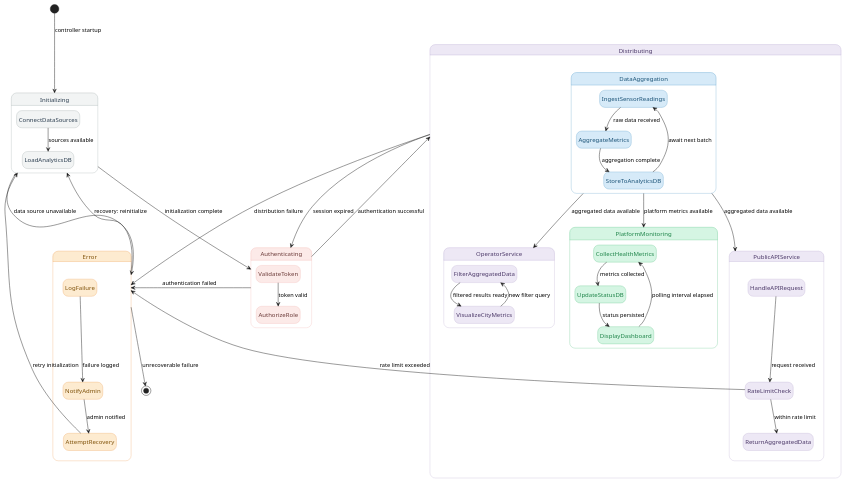
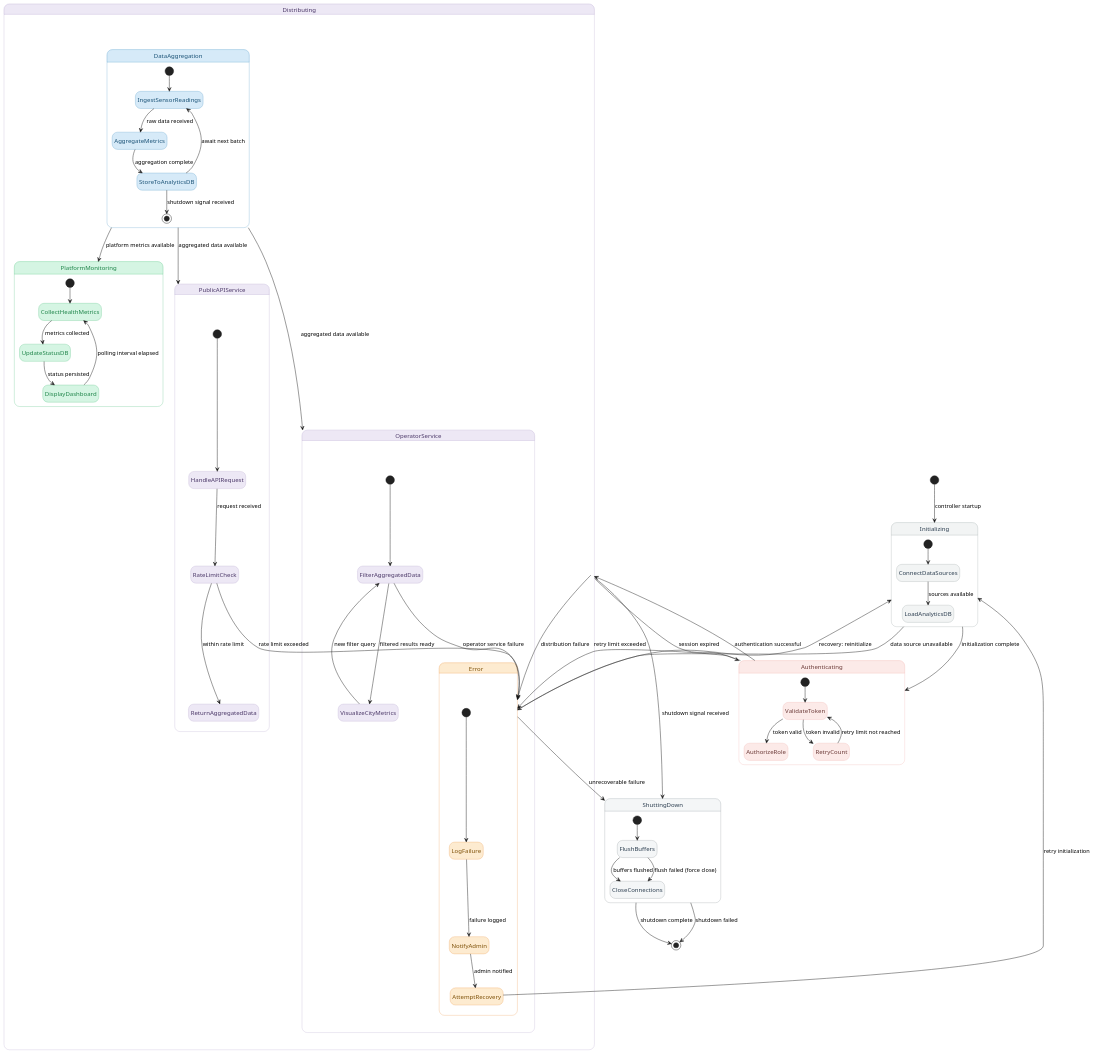
One commit to tridibbanik17/SCEMAS_UML_Diagrams changed the diagram in diagrams/statecharts/data_distribution_management_controller.puml. Above: the diagram before and after it, drawn with PlantUML.

Commit message:
Updated data distribution management controller

```diff
--- a/diagrams/statecharts/data_distribution_management_controller.puml
+++ b/diagrams/statecharts/data_distribution_management_controller.puml
@@ -1,118 +1,146 @@
 @startuml data_distribution_management_controller
 hide empty description
 
 skinparam state {
   BackgroundColor<<init>> #F2F4F4
   BorderColor<<init>> #7F8C8D
   FontColor<<init>> #2C3E50
 
   BackgroundColor<<auth>> #FCEAE8
   BorderColor<<auth>> #ea9a97
   FontColor<<auth>> #6B3A38
 
   BackgroundColor<<distribute>> #EDE8F5
   BorderColor<<distribute>> #a692c3
   FontColor<<distribute>> #4A3767
 
   BackgroundColor<<ingest>> #D6EAF8
   BorderColor<<ingest>> #2980B9
   FontColor<<ingest>> #1A5276
 
   BackgroundColor<<monitor>> #D5F5E3
   BorderColor<<monitor>> #27AE60
   FontColor<<monitor>> #1E8449
 
   BackgroundColor<<error>> #FDEBD0
   BorderColor<<error>> #E67E22
   FontColor<<error>> #7E5109
 
+  BackgroundColor<<shutdown>> #F4F6F7
+  BorderColor<<shutdown>> #717D7E
+  FontColor<<shutdown>> #2C3E50
+
   StartColor black
   EndColor black
 }
 
 ' ──────────────────────────────────
 ' TOP-LEVEL LIFECYCLE
 ' ──────────────────────────────────
 
 state "Initializing" as INIT <<init>> {
   state "ConnectDataSources" as CDS <<init>>
   state "LoadAnalyticsDB" as LDB <<init>>
+  [*] --> CDS
   CDS --> LDB : sources available
 }
 
 state "Authenticating" as AUTH <<auth>> {
   state "ValidateToken" as VT <<auth>>
   state "AuthorizeRole" as AR <<auth>>
+  state "RetryCount" as RC <<auth>>
+  [*] --> VT
   VT --> AR : token valid
+  VT --> RC : token invalid
+  RC --> VT : retry limit not reached
 }
 
 state "Distributing" as DIST <<distribute>> {
 
   state "DataAggregation" as AGG <<ingest>> {
     state "IngestSensorReadings" as ISR <<ingest>>
     state "AggregateMetrics" as AM <<ingest>>
     state "StoreToAnalyticsDB" as STA <<ingest>>
+    [*] --> ISR
     ISR --> AM : raw data received
     AM --> STA : aggregation complete
     STA --> ISR : await next batch
+    STA --> [*] : shutdown signal received
   }
 
   state "OperatorService" as OPS <<distribute>> {
     state "FilterAggregatedData" as FAD <<distribute>>
     state "VisualizeCityMetrics" as VCM <<distribute>>
+    [*] --> FAD
     FAD --> VCM : filtered results ready
     VCM --> FAD : new filter query
+    FAD --> ERR : operator service failure
   }
 
   state "PublicAPIService" as API <<distribute>> {
     state "HandleAPIRequest" as HAR <<distribute>>
     state "RateLimitCheck" as RLC <<distribute>>
     state "ReturnAggregatedData" as RAD <<distribute>>
+    [*] --> HAR
     HAR --> RLC : request received
     RLC --> RAD : within rate limit
+    RLC --> ERR : rate limit exceeded
   }
 
   state "PlatformMonitoring" as MON <<monitor>> {
     state "CollectHealthMetrics" as CHM <<monitor>>
     state "UpdateStatusDB" as USD <<monitor>>
     state "DisplayDashboard" as DD <<monitor>>
+    [*] --> CHM
     CHM --> USD : metrics collected
     USD --> DD : status persisted
     DD --> CHM : polling interval elapsed
   }
 
   AGG --> OPS : aggregated data available
   AGG --> API : aggregated data available
   AGG --> MON : platform metrics available
 }
 
 state "Error" as ERR <<error>> {
   state "LogFailure" as LF <<error>>
   state "NotifyAdmin" as NA <<error>>
   state "AttemptRecovery" as REC <<error>>
+  [*] --> LF
   LF --> NA : failure logged
   NA --> REC : admin notified
+}
+
+state "ShuttingDown" as SHUT <<shutdown>> {
+  state "FlushBuffers" as FB <<shutdown>>
+  state "CloseConnections" as CC <<shutdown>>
+  [*] --> FB
+  FB --> CC : buffers flushed
+  FB --> CC : flush failed (force close)
 }
 
 ' ──────────────────────────────────
 ' TRANSITIONS
 ' ──────────────────────────────────
 
 [*] --> INIT : controller startup
 
 INIT --> AUTH : initialization complete
 INIT --> ERR : data source unavailable
 
 AUTH --> DIST : authentication successful
-AUTH --> ERR : authentication failed
+AUTH --> ERR : retry limit exceeded
 
 DIST --> AUTH : session expired
 DIST --> ERR : distribution failure
+DIST --> SHUT : shutdown signal received
 
 ERR --> INIT : recovery: reinitialize
-ERR --> [*] : unrecoverable failure
+ERR --> SHUT : unrecoverable failure
 
-RLC --> ERR : rate limit exceeded
 REC --> INIT : retry initialization
 
+SHUT --> [*] : shutdown complete
+SHUT --> [*] : shutdown failed
+
 @enduml
```
